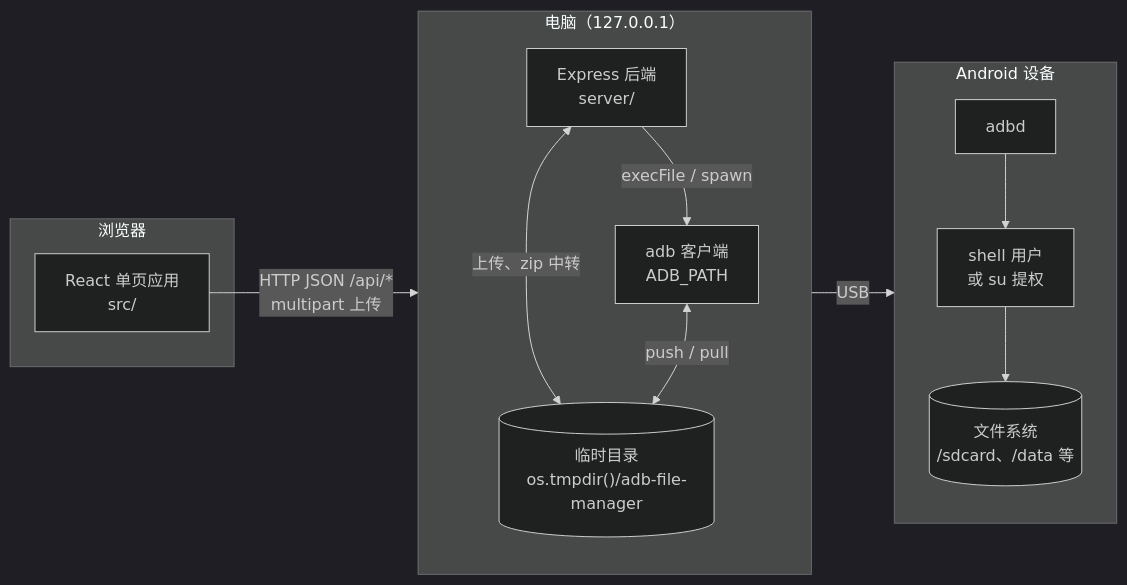
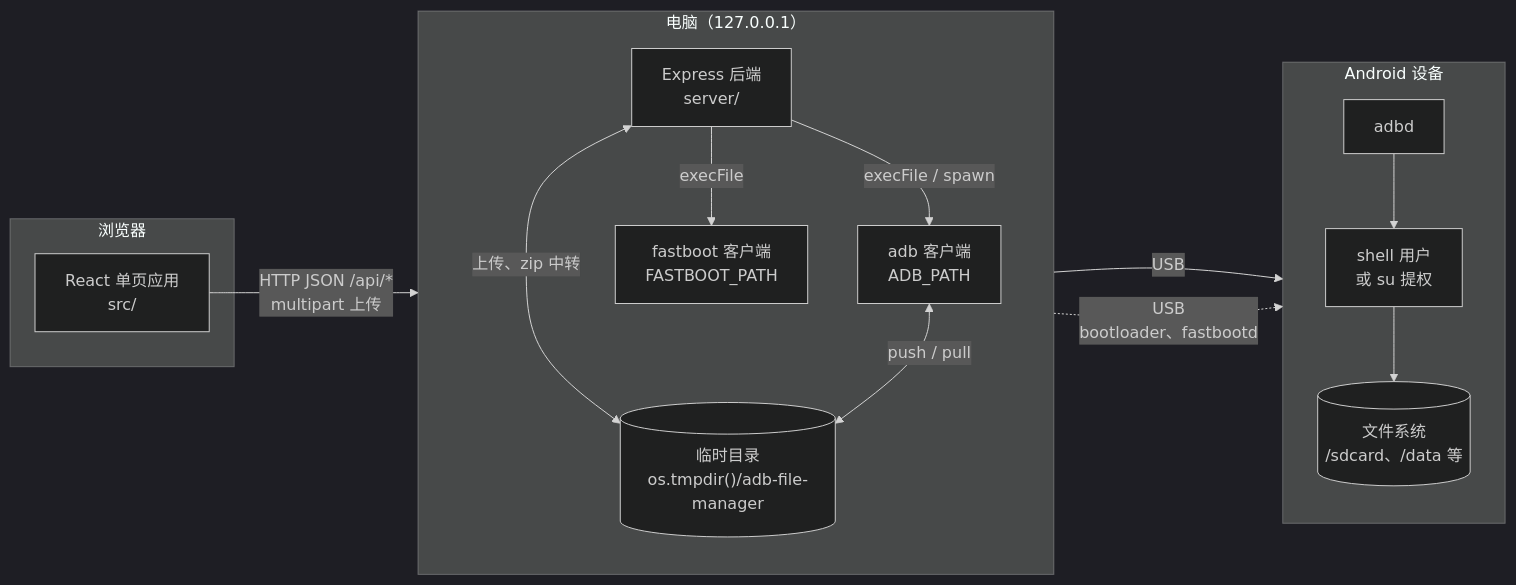
One commit to wynnyu/adb-file-manager changed the first of 12 diagrams in docs/architecture.md. Above: the diagram before and after it, drawn with Mermaid (dark theme). The commit also changed other lines of this file and 5 other files, not shown here.

Commit message:
Document the device model and fastboot detection

````diff
--- a/docs/architecture.md
+++ b/docs/architecture.md
@@ -9,27 +9,30 @@
 ```mermaid
 flowchart LR
   subgraph Browser["浏览器"]
     UI["React 单页应用<br/>src/"]
   end
 
   subgraph PC["电脑（127.0.0.1）"]
     direction TB
     Express["Express 后端<br/>server/"]
     Tmp[("临时目录<br/>os.tmpdir()/adb-file-manager")]
     ADB["adb 客户端<br/>ADB_PATH"]
+    FB["fastboot 客户端<br/>FASTBOOT_PATH"]
     Express -- "execFile / spawn" --> ADB
+    Express -- "execFile" --> FB
     Express <-->|上传、zip 中转| Tmp
     ADB <-->|push / pull| Tmp
   end
 
   subgraph Device["Android 设备"]
     direction TB
     Adbd["adbd"]
     Shell["shell 用户<br/>或 su 提权"]
     FS[("文件系统<br/>/sdcard、/data 等")]
     Adbd --> Shell --> FS
   end
 
   UI -- "HTTP JSON /api/*<br/>multipart 上传" --> Express
   ADB -- "USB" --> Adbd
+  FB -. "USB<br/>bootloader、fastbootd" .-> Device
 ```
````
